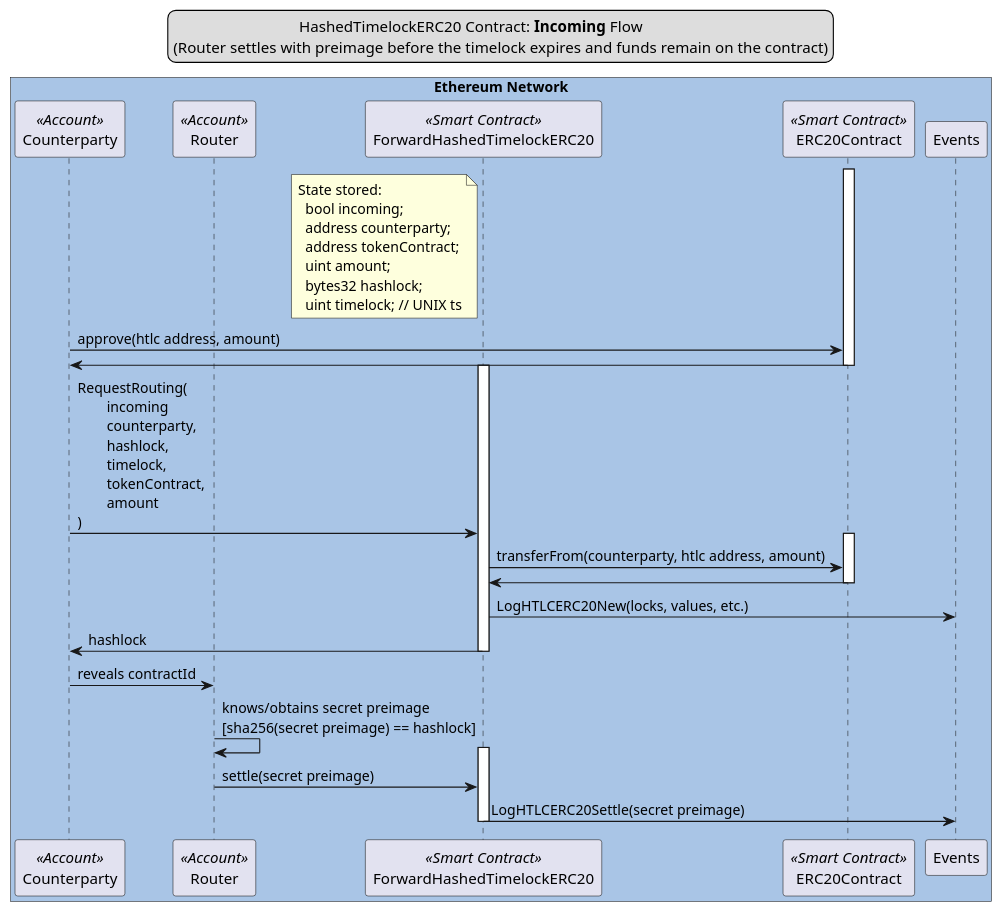
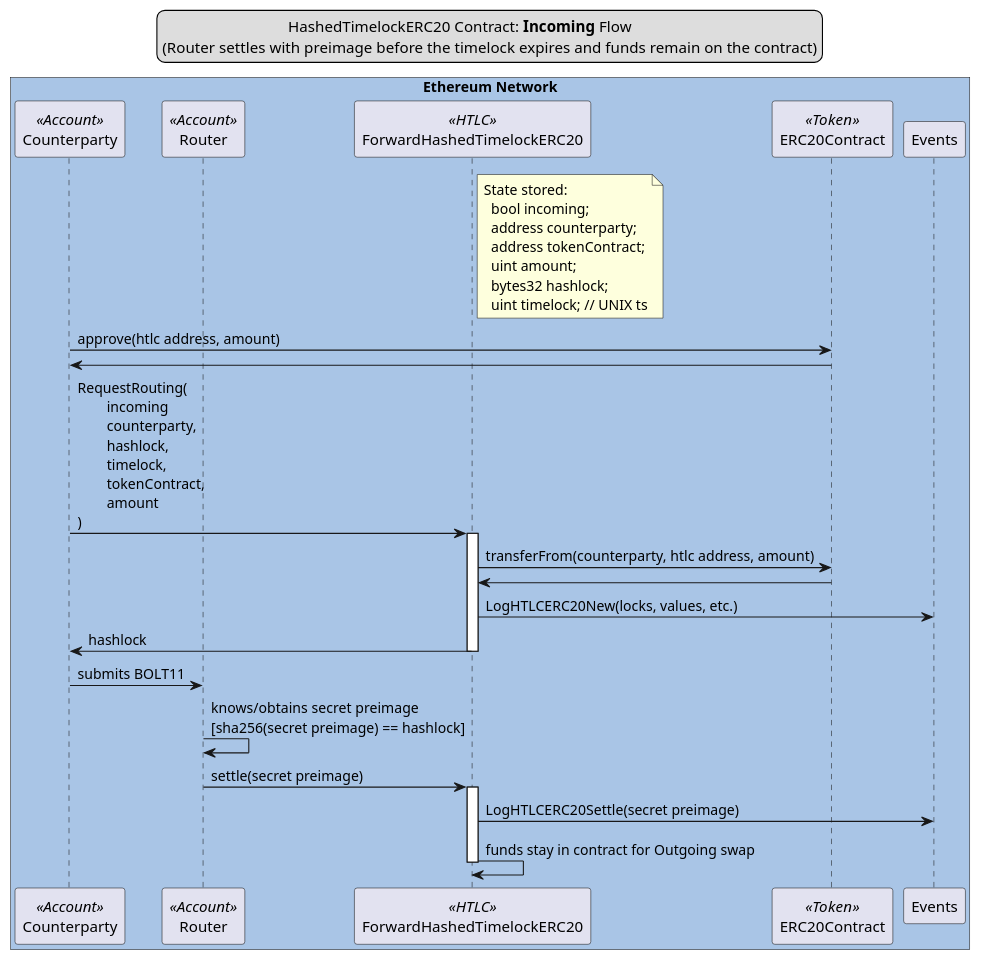
One commit to SatsBridge/awesome-htlc changed the diagram in docs/sequence-diagram-htlc-incoming-success.plantuml. Above: the diagram before and after it, drawn with PlantUML. The commit also changed 5 other files, not shown here.

Commit message:
docs/protocol diagrams updates

```diff
--- a/docs/sequence-diagram-htlc-incoming-success.plantuml
+++ b/docs/sequence-diagram-htlc-incoming-success.plantuml
@@ -1,50 +1,49 @@
 @startuml
 skinparam BoxPadding 20
 
 legend top
 \t\t\t\tHashedTimelockERC20 Contract: **Incoming** Flow
 (Router settles with preimage before the timelock expires and funds remain on the contract)
 end legend
 
 box "Ethereum Network" #A9C5E6
 participant Counterparty as counterparty << Account >>
 participant Router as router << Account >>
-participant ForwardHashedTimelockERC20 as htlc << Smart Contract >>
-participant ERC20Contract as token << Smart Contract >>
+participant ForwardHashedTimelockERC20 as htlc << HTLC >>
+participant ERC20Contract as token << Token >>
 participant Events as events
 end box
 
-note left of htlc
+note right of htlc
 State stored:
   bool incoming;
   address counterparty;
   address tokenContract;
   uint amount;
   bytes32 hashlock;
   uint timelock; // UNIX ts
 end note
 
-activate token
-  counterparty->token:approve(htlc address, amount)
-  token->counterparty
-deactivate token
+counterparty->token:approve(htlc address, amount)
+token->counterparty
+
+counterparty->htlc:RequestRouting(\n\tincoming\n\tcounterparty,\n\thashlock,\n\ttimelock,\n\ttokenContract,\n\tamount\n)
 
 activate htlc
-  counterparty->htlc:RequestRouting(\n\tincoming\n\tcounterparty,\n\thashlock,\n\ttimelock,\n\ttokenContract,\n\tamount\n)
-  activate token
-    htlc->token:transferFrom(counterparty, htlc address, amount)
-    token->htlc
-  deactivate token
+  htlc->token:transferFrom(counterparty, htlc address, amount)
+  token->htlc
   htlc->events:LogHTLCERC20New(locks, values, etc.)
   htlc->counterparty:hashlock
 deactivate htlc
 
-counterparty->router:reveals contractId
+counterparty->router:submits BOLT11
 router->router:knows/obtains secret preimage\n[sha256(secret preimage) == hashlock]
 
+router->htlc:settle(secret preimage)
+
 activate htlc
-  router->htlc:settle(secret preimage)
   htlc->events:LogHTLCERC20Settle(secret preimage)
+  htlc->htlc:funds stay in contract for Outgoing swap
 deactivate htlc
 
 @enduml
```
